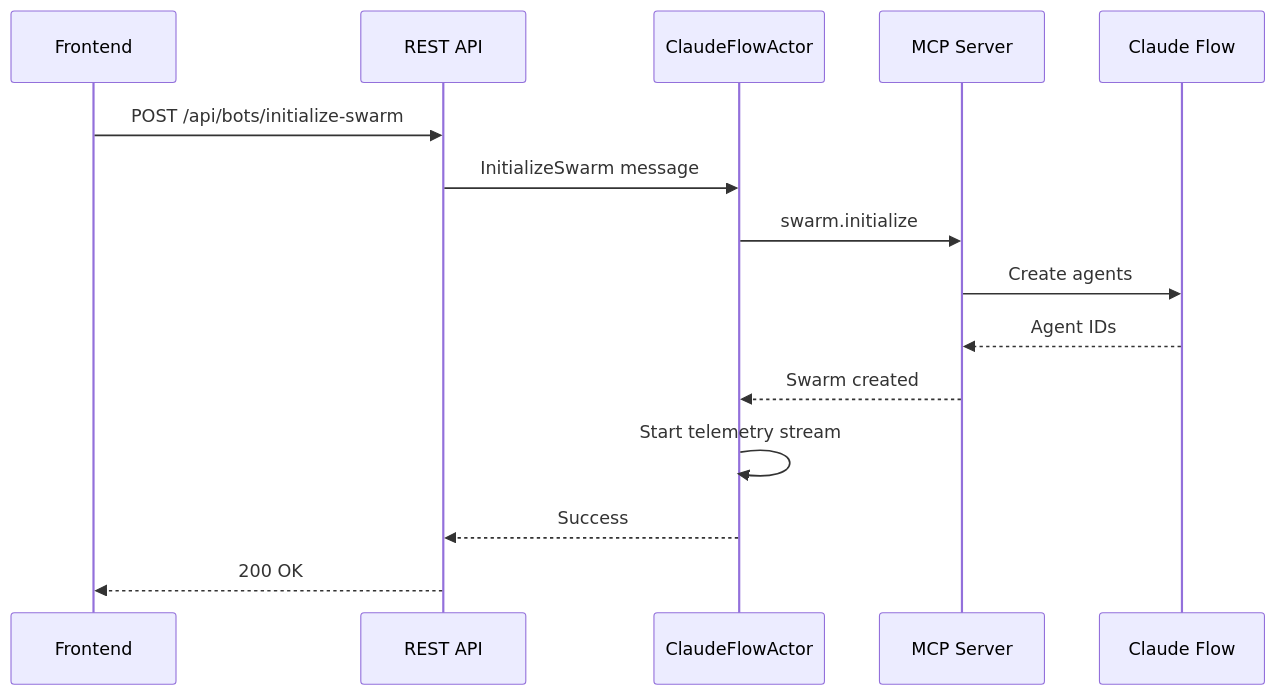
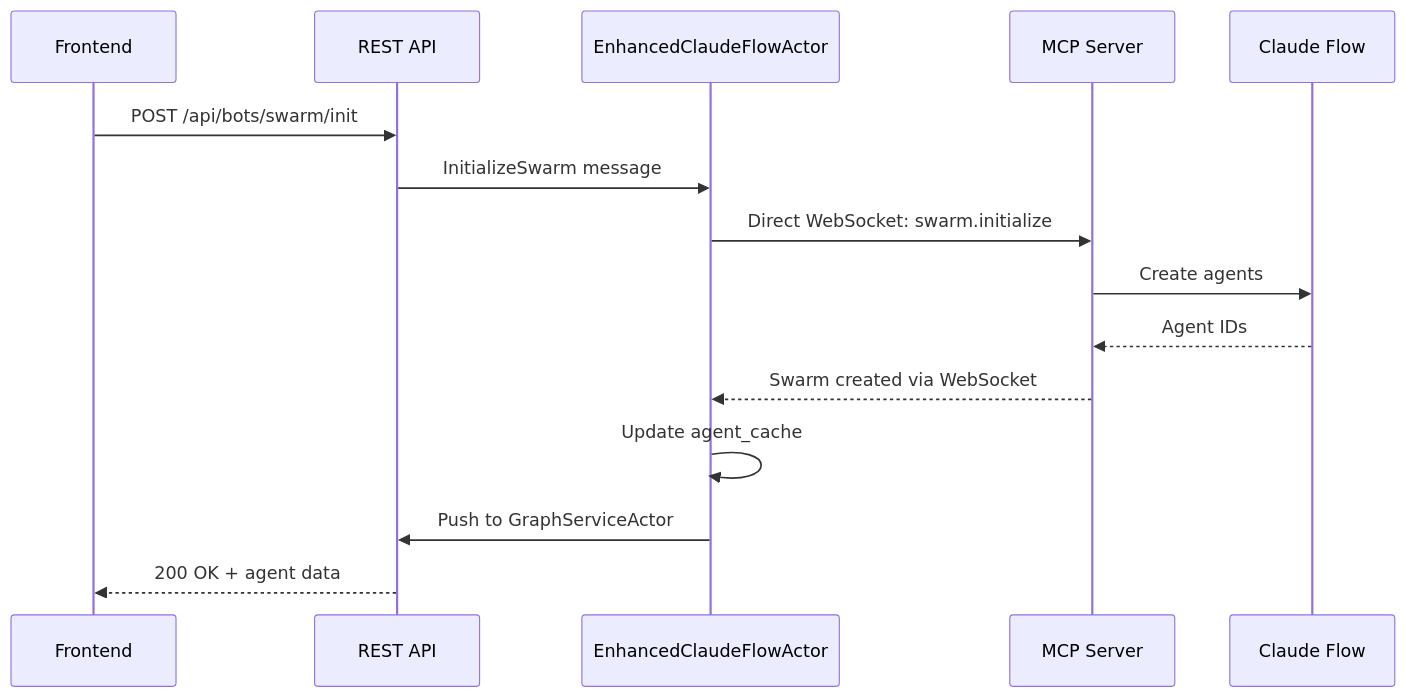
One commit to DreamLab-AI/VisionFlow changed the second of 3 diagrams in docs/architecture/mcp-integration.md. Above: the diagram before and after it, drawn with Mermaid. The commit also changed other lines of this file and 22 other files, not shown here.

````diff
--- a/docs/architecture/mcp-integration.md
+++ b/docs/architecture/mcp-integration.md
@@ -166,18 +175,18 @@
 ```mermaid
 sequenceDiagram
     participant UI as Frontend
     participant API as REST API
-    participant CFA as ClaudeFlowActor
+    participant ECFA as EnhancedClaudeFlowActor
     participant MCP as MCP Server
     participant CF as Claude Flow
     
-    UI->>API: POST /api/bots/initialize-swarm
-    API->>CFA: InitializeSwarm message
-    CFA->>MCP: swarm.initialize
+    UI->>API: POST /api/bots/swarm/init
+    API->>ECFA: InitializeSwarm message
+    ECFA->>MCP: Direct WebSocket: swarm.initialize
     MCP->>CF: Create agents
     CF-->>MCP: Agent IDs
-    MCP-->>CFA: Swarm created
-    CFA->>CFA: Start telemetry stream
-    CFA-->>API: Success
-    API-->>UI: 200 OK
+    MCP-->>ECFA: Swarm created via WebSocket
+    ECFA->>ECFA: Update agent_cache
+    ECFA->>API: Push to GraphServiceActor
+    API-->>UI: 200 OK + agent data
 ```
````
